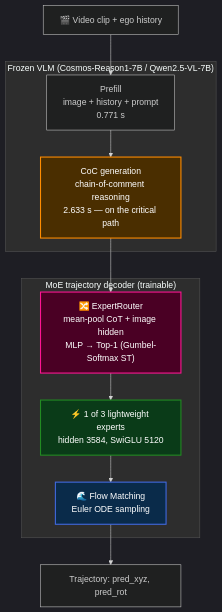
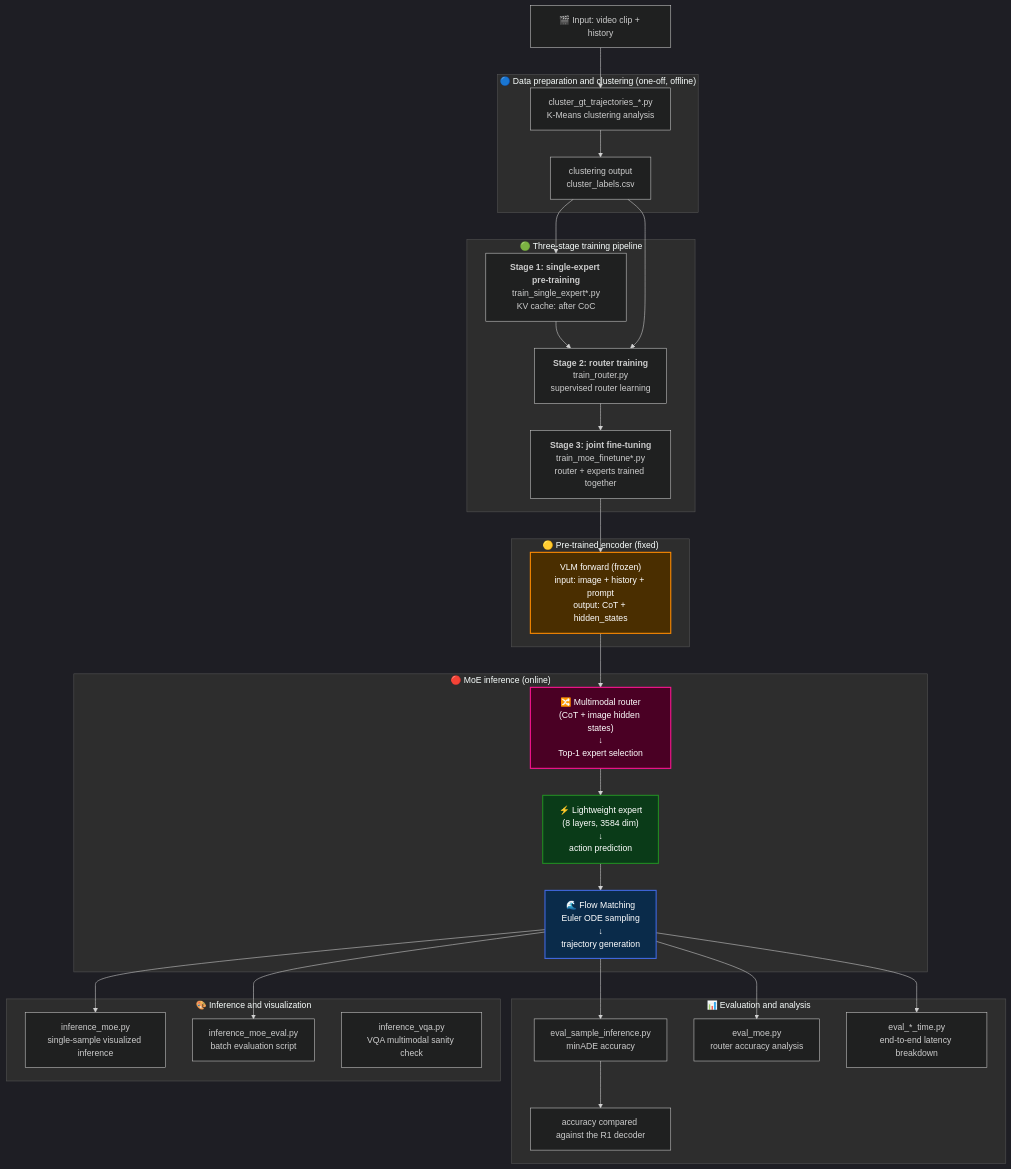
Before and after one commit to Graycia424/Alpamayo-Reproduction-Moe: the diagram in README.md, drawn with Mermaid. The commit also changed other lines of this file and 1 other file, not shown here.

Commit message:
Restore original README structure, fix only data/technical/typo errors

````diff
--- a/README.md
+++ b/README.md
@@ -138,27 +198,65 @@
 ```mermaid
 %%{init: {'theme': 'dark', 'themeVariables': { 'clusterBkg': '#2d2d2d', 'clusterBorder': '#555555' }}}%%
 graph TB
-    Start["🎬 Video clip + ego history"]
+    Start["🎬 Input: video clip + history"]
 
-    subgraph "Frozen VLM (Cosmos-Reason1-7B / Qwen2.5-VL-7B)"
-        Prefill["Prefill<br/>image + history + prompt<br/>0.771 s"]
-        CoC["CoC generation<br/>chain-of-comment reasoning<br/>2.633 s — on the critical path"]
-        Prefill --> CoC
+    subgraph "🔵 Data preparation and clustering (one-off, offline)"
+        Cluster1["cluster_gt_trajectories_*.py<br/>K-Means clustering analysis"]
+        ClusterOut["clustering output<br/>cluster_labels.csv"]
+        Cluster1 --> ClusterOut
     end
 
-    subgraph "MoE trajectory decoder (trainable)"
-        Router["🔀 ExpertRouter<br/>mean-pool CoT + image hidden<br/>MLP → Top-1 (Gumbel-Softmax ST)"]
-        Expert["⚡ 1 of 3 lightweight experts<br/>hidden 3584, SwiGLU 5120"]
-        FM["🌊 Flow Matching<br/>Euler ODE sampling"]
-        Router --> Expert --> FM
+    subgraph "🟢 Three-stage training pipeline"
+        Stage1["<b>Stage 1: single-expert pre-training</b><br/>train_single_expert*.py<br/>KV cache: after CoC"]
+        Stage2["<b>Stage 2: router training</b><br/>train_router.py<br/>supervised router learning"]
+        Stage3["<b>Stage 3: joint fine-tuning</b><br/>train_moe_finetune*.py<br/>router + experts trained together"]
+
+        Stage1 --> Stage2
+        Stage2 --> Stage3
     end
 
-    Start --> Prefill
-    CoC --> Router
-    FM --> Out["Trajectory: pred_xyz, pred_rot"]
+    subgraph "🟡 Pre-trained encoder (fixed)"
+        Encoder["VLM forward (frozen)<br/>input: image + history + prompt<br/>output: CoT + hidden_states"]
+    end
 
-    style CoC fill:#4A2E00,stroke:#FF8C00,stroke-width:2px,color:#ffffff
+    subgraph "🔴 MoE inference (online)"
+        Router["🔀 Multimodal router<br/>(CoT + image hidden states)<br/>↓<br/>Top-1 expert selection"]
+        Expert["⚡ Lightweight expert<br/>(8 layers, 3584 dim)<br/>↓<br/>action prediction"]
+        FM["🌊 Flow Matching<br/>Euler ODE sampling<br/>↓<br/>trajectory generation"]
+
+        Encoder --> Router
+        Router --> Expert
+        Expert --> FM
+    end
+
+    subgraph "📊 Evaluation and analysis"
+        EvalPrecision["eval_sample_inference.py<br/>minADE accuracy"]
+        EvalRouter["eval_moe.py<br/>router accuracy analysis"]
+        EvalTiming["eval_*_time.py<br/>end-to-end latency breakdown"]
+        EvalRouterCompare["accuracy compared against the R1 decoder"]
+    end
+
+    subgraph "🎨 Inference and visualization"
+        InferenceMoE["inference_moe.py<br/>single-sample visualized inference"]
+        InferenceEval["inference_moe_eval.py<br/>batch evaluation script"]
+        InferenceVQA["inference_vqa.py<br/>VQA multimodal sanity check"]
+    end
+
+    Start --> Cluster1
+    ClusterOut --> Stage1
+    ClusterOut --> Stage2
+    Stage3 --> Encoder
+    FM --> EvalPrecision
+    FM --> EvalRouter
+    FM --> EvalTiming
+    FM --> InferenceMoE
+    FM --> InferenceEval
+
+    EvalPrecision --> EvalRouterCompare
+
+    %% Dark-theme styling: dark fill + bright border + white text
+    style Encoder fill:#4A2E00,stroke:#FF8C00,stroke-width:2px,color:#ffffff
     style Router fill:#4A0024,stroke:#FF1493,stroke-width:2px,color:#ffffff
     style Expert fill:#0A3B18,stroke:#228B22,stroke-width:2px,color:#ffffff
     style FM fill:#0A2B4A,stroke:#4169E1,stroke-width:2px,color:#ffffff
 ```
````
